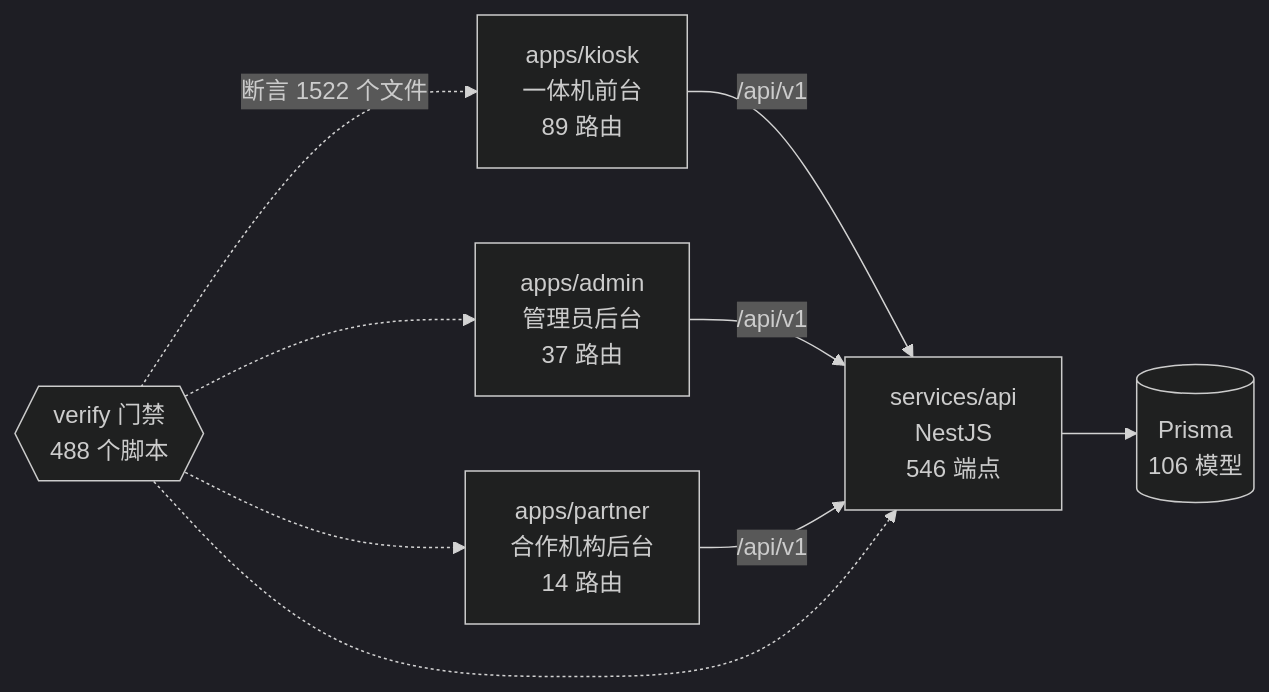
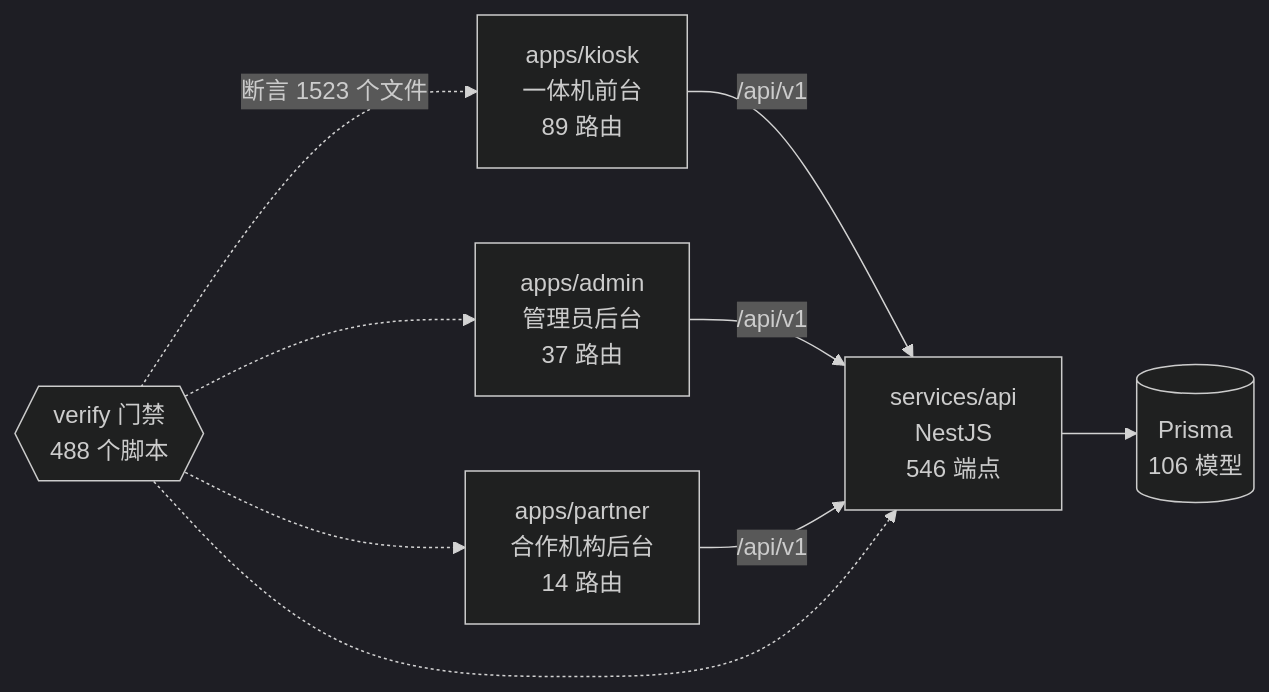
One commit to wanglei581/YITIJI changed the diagram in docs/graph/README.md. Above: the diagram before and after it, drawn with Mermaid (dark theme). The commit also changed other lines of this file and 2 other files, not shown here.

Commit message:
docs(graph): regenerate for the visible-copy helper module

````diff
--- a/docs/graph/README.md
+++ b/docs/graph/README.md
@@ -68,18 +68,18 @@
 ```mermaid
 flowchart LR
   kiosk["apps/kiosk<br/>一体机前台<br/>89 路由"]
   admin["apps/admin<br/>管理员后台<br/>37 路由"]
   partner["apps/partner<br/>合作机构后台<br/>14 路由"]
   api["services/api<br/>NestJS<br/>546 端点"]
   db[("Prisma<br/>106 模型")]
   gates{{"verify 门禁<br/>488 个脚本"}}
 
   kiosk -->|"/api/v1"| api
   admin -->|"/api/v1"| api
   partner -->|"/api/v1"| api
   api --> db
-  gates -.->|"断言 1522 个文件"| kiosk
+  gates -.->|"断言 1523 个文件"| kiosk
   gates -.-> admin
   gates -.-> partner
   gates -.-> api
 ```
````
